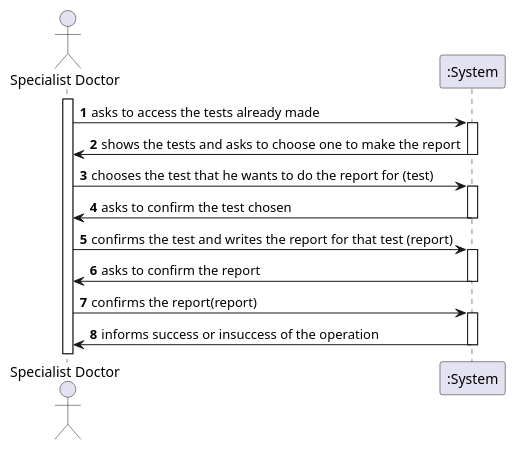
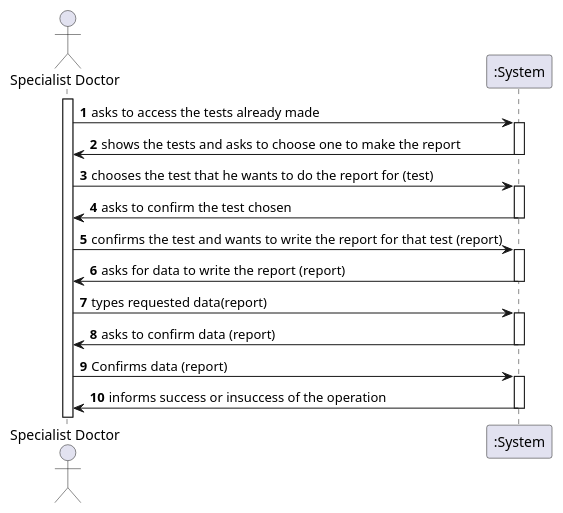
Before and after one commit to jsmarques98/LAPR2-ISEP: the diagram in docs/SprintC/US14/US14_SSD.puml, drawn with PlantUML. The commit also changed 9 other files, not shown here.

```diff
--- a/docs/SprintC/US14/US14_SSD.puml
+++ b/docs/SprintC/US14/US14_SSD.puml
@@ -1,35 +1,40 @@
 @startuml
 'https://plantuml.com/sequence-diagram
 
 autonumber
 
 actor  "Specialist Doctor" as Spec
 
 participant ":System" as System
 
 activate Spec
 Spec -> System: asks to access the tests already made
 
 activate System
 System -> Spec: shows the tests and asks to choose one to make the report
 deactivate System
 
 Spec -> System: chooses the test that he wants to do the report for (test)
 
 activate System
 System -> Spec: asks to confirm the test chosen
 deactivate System
 
-Spec -> System: confirms the test and writes the report for that test (report)
+Spec -> System: confirms the test and wants to write the report for that test (report)
 
 activate System
-System -> Spec: asks to confirm the report
+System -> Spec: asks for data to write the report (report)
 deactivate System
 
-Spec -> System: confirms the report(report)
+Spec -> System: types requested data(report)
+
+activate System
+System -> Spec: asks to confirm data (report)
+deactivate System
+
+Spec -> System: Confirms data (report)
 
 activate System
 System -> Spec: informs success or insuccess of the operation
 deactivate System
-
 @enduml
```
